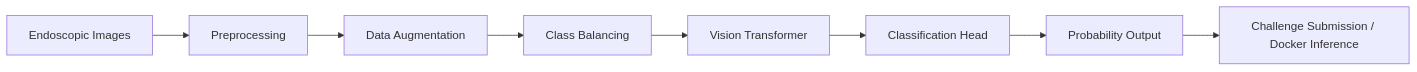
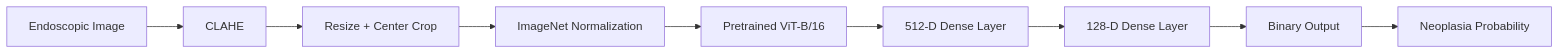
Before and after one commit to Tirush-Leo/RARE_challenge: the diagram in README.md, drawn with Mermaid. The commit also changed other lines of this file, not shown here.

````diff
--- a/README.md
+++ b/README.md
@@ -103,10 +106,11 @@
 ```mermaid
 graph LR
-    A[Endoscopic Images] --> B[Preprocessing]
-    B --> C[Data Augmentation]
-    C --> D[Class Balancing]
-    D --> E[Vision Transformer]
-    E --> F[Classification Head]
-    F --> G[Probability Output]
-    G --> H[Challenge Submission / Docker Inference]
+    A[Endoscopic Image] --> B[CLAHE]
+    B --> C[Resize + Center Crop]
+    C --> D[ImageNet Normalization]
+    D --> E[Pretrained ViT-B/16]
+    E --> F[512-D Dense Layer]
+    F --> G[128-D Dense Layer]
+    G --> H[Binary Output]
+    H --> I[Neoplasia Probability]
 ```
````
